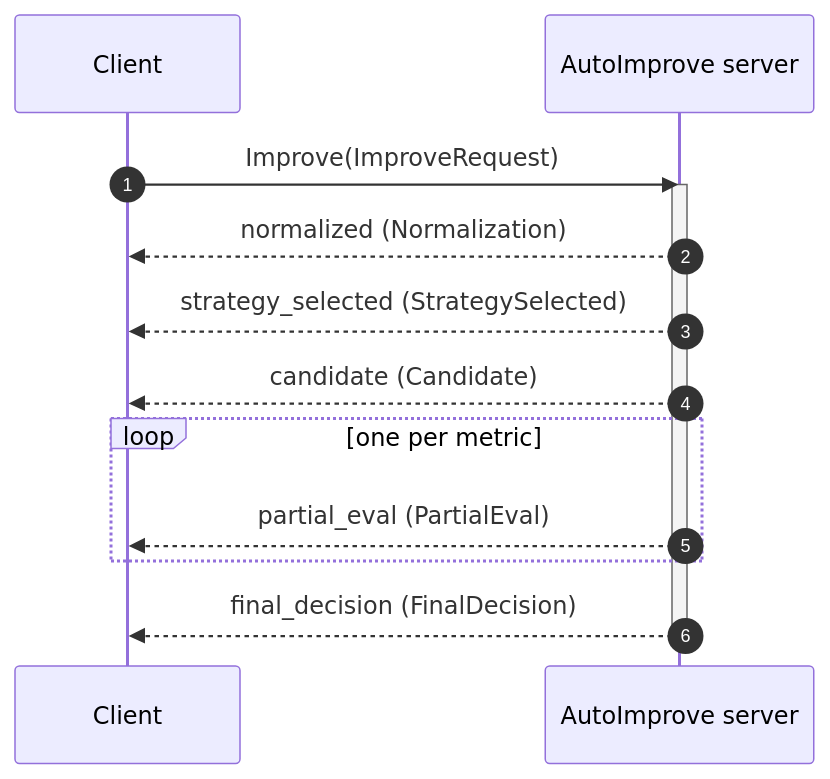
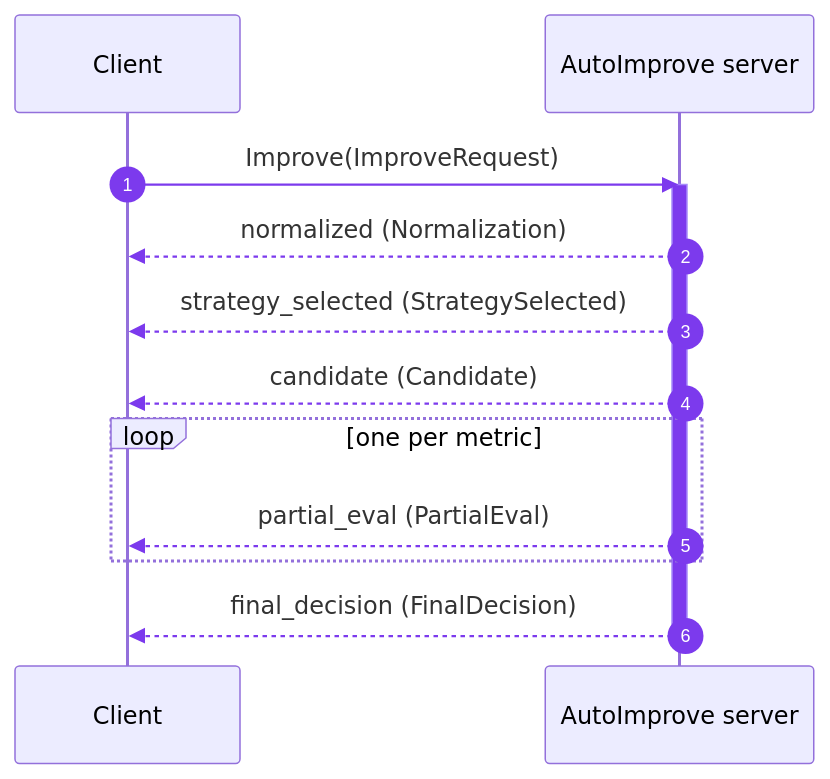
One commit to benzlokzik/prompt-autoimprove changed the diagram in docs/grpc.md. Above: the diagram before and after it, drawn with Mermaid. The commit also changed 2 other files, not shown here.

Commit message:
fix(docs): make mermaid autonumber and activation legible through the shadow DOM
Material renders mermaid into a closed shadow DOM, so external CSS never reached the diagram (the root cause behind the unreadable badges and white activation bar). Only two things cross that boundary: CSS custom properties and the diagram's own init directive. Set the autonumber text white via --md-mermaid-sequence-number-fg-color, and color the badge circle and activation bar violet via a themeVariables init directive (signalColor + activationBkgColor). Verified by rendering the real mermaid@11 inside a shadow root with the built site CSS, in both schemes.

````diff
--- a/docs/grpc.md
+++ b/docs/grpc.md
@@ -53,16 +53,17 @@
 ```mermaid
+%%{init: {"themeVariables": {"signalColor": "#7c3aed", "activationBkgColor": "#7c3aed", "activationBorderColor": "#a78bfa"}}}%%
 sequenceDiagram
     autonumber
     participant C as Client
     participant S as AutoImprove server
     C->>S: Improve(ImproveRequest)
     activate S
     S-->>C: normalized (Normalization)
     S-->>C: strategy_selected (StrategySelected)
     S-->>C: candidate (Candidate)
     loop one per metric
         S-->>C: partial_eval (PartialEval)
     end
     S-->>C: final_decision (FinalDecision)
     deactivate S
 ```
````
